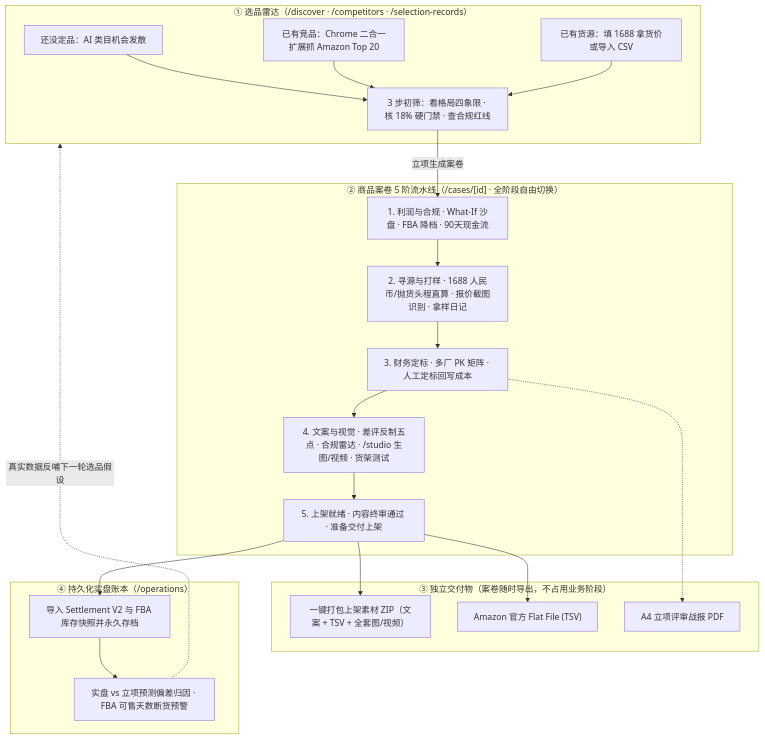
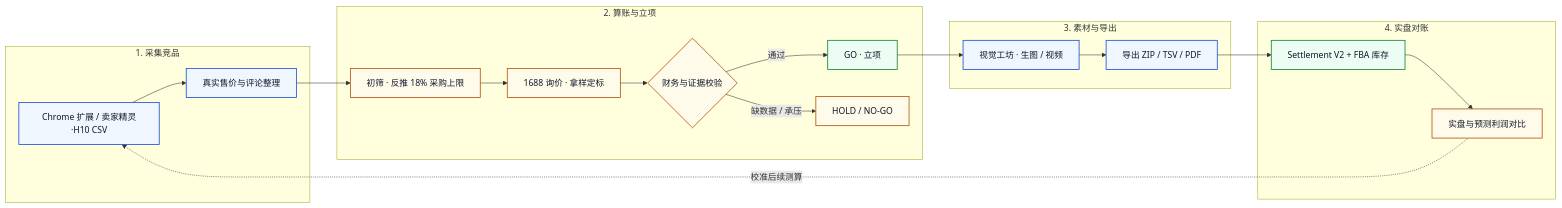
One commit to BeyChan/AITrade changed the diagram in README.md. Above: the diagram before and after it, drawn with Mermaid. The commit also changed other lines of this file, not shown here.

Commit message:
docs: simplify README copy and add horizontal workflow diagram

````diff
--- a/README.md
+++ b/README.md
@@ -16,40 +32,34 @@
 ```mermaid
-flowchart TD
-    subgraph S1["① 选品雷达（/discover · /competitors · /selection-records）"]
-        A1["还没定品：AI 类目机会发散"]
-        A2["已有竞品：Chrome 二合一扩展抓 Amazon Top 20"]
-        A3["已有货源：填 1688 拿货价或导入 CSV"]
-        A4["3 步初筛：看格局四象限 · 核 18% 硬门禁 · 查合规红线"]
-        A1 --> A4
-        A2 --> A4
-        A3 --> A4
+flowchart LR
+    subgraph S1["1. 采集竞品"]
+        A1["Chrome 扩展 / 卖家精灵·H10 CSV"] --> A2["真实售价与评论整理"]
     end
 
-    subgraph S2["② 商品案卷 5 阶流水线（/cases/[id] · 全阶段自由切换）"]
-        P1["1. 利润与合规 · What-If 沙盘 · FBA 降档 · 90天现金流"]
-        P2["2. 寻源与打样 · 1688 人民币/抛货头程直算 · 报价截图识别 · 拿样日记"]
-        P3["3. 财务定标 · 多厂 PK 矩阵 · 人工定标回写成本"]
-        P4["4. 文案与视觉 · 差评反制五点 · 合规雷达 · /studio 生图/视频 · 货架测试"]
-        P5["5. 上架就绪 · 内容终审通过 · 准备交付上架"]
-        P1 --> P2 --> P3 --> P4 --> P5
+    subgraph S2["2. 算账与立项"]
+        B1["初筛 · 反推 18% 采购上限"] --> B2["1688 询价 · 拿样定标"]
+        B2 --> B3{"财务与证据校验"}
+        B3 -->|"通过"| B4["GO · 立项"]
+        B3 -->|"缺数据 / 承压"| B5["HOLD / NO-GO"]
     end
 
-    subgraph S3["③ 独立交付物（案卷随时导出，不占用业务阶段）"]
-        O1["一键打包上架素材 ZIP（文案 + TSV + 全套图/视频）"]
-        O2["Amazon 官方 Flat File (TSV)"]
-        O3["A4 立项评审战报 PDF"]
+    subgraph S3["3. 素材与导出"]
+        C1["视觉工坊 · 生图 / 视频"] --> C2["导出 ZIP / TSV / PDF"]
     end
 
-    subgraph S4["④ 持久化实盘账本（/operations）"]
-        E1["导入 Settlement V2 与 FBA 库存快照并永久存档"]
-        E2["实盘 vs 立项预测偏差归因 · FBA 可售天数断货预警"]
-        E1 --> E2
+    subgraph S4["4. 实盘对账"]
+        D1["Settlement V2 + FBA 库存"] --> D2["实盘与预测利润对比"]
     end
 
-    A4 -->|"立项生成案卷"| P1
-    P5 --> O1
-    P5 --> O2
-    P3 -.-> O3
-    P5 --> E1
-    E2 -.->|"真实数据反哺下一轮选品假设"| S1
+    A2 --> B1
+    B4 --> C1
+    C2 --> D1
+    D2 -.->|"校准后续测算"| A1
+
+    classDef primary fill:#eff6ff,stroke:#1d4ed8,color:#0f172a,stroke-width:1.5px;
+    classDef success fill:#ecfdf3,stroke:#15803d,color:#0f172a,stroke-width:1.5px;
+    classDef warn fill:#fffbeb,stroke:#b45309,color:#0f172a,stroke-width:1.5px;
+
+    class A1,A2,C1,C2 primary;
+    class B4,D1 success;
+    class B1,B2,B3,B5,D2 warn;
 ```
````
